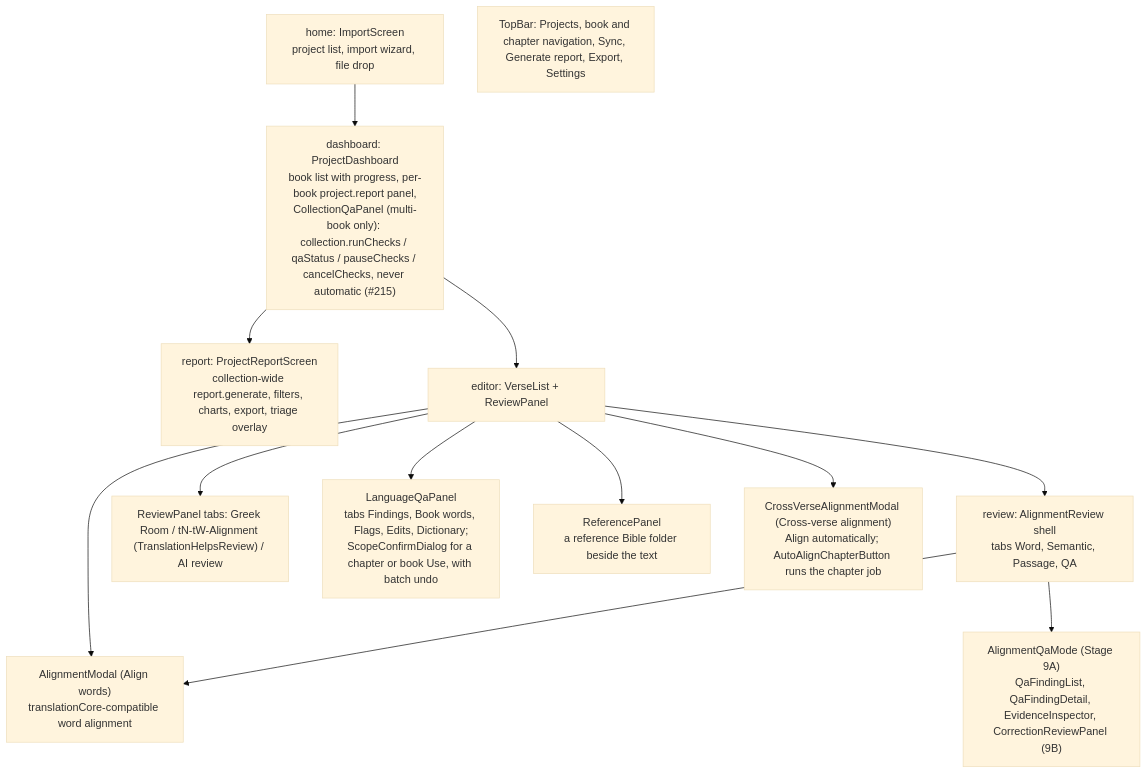
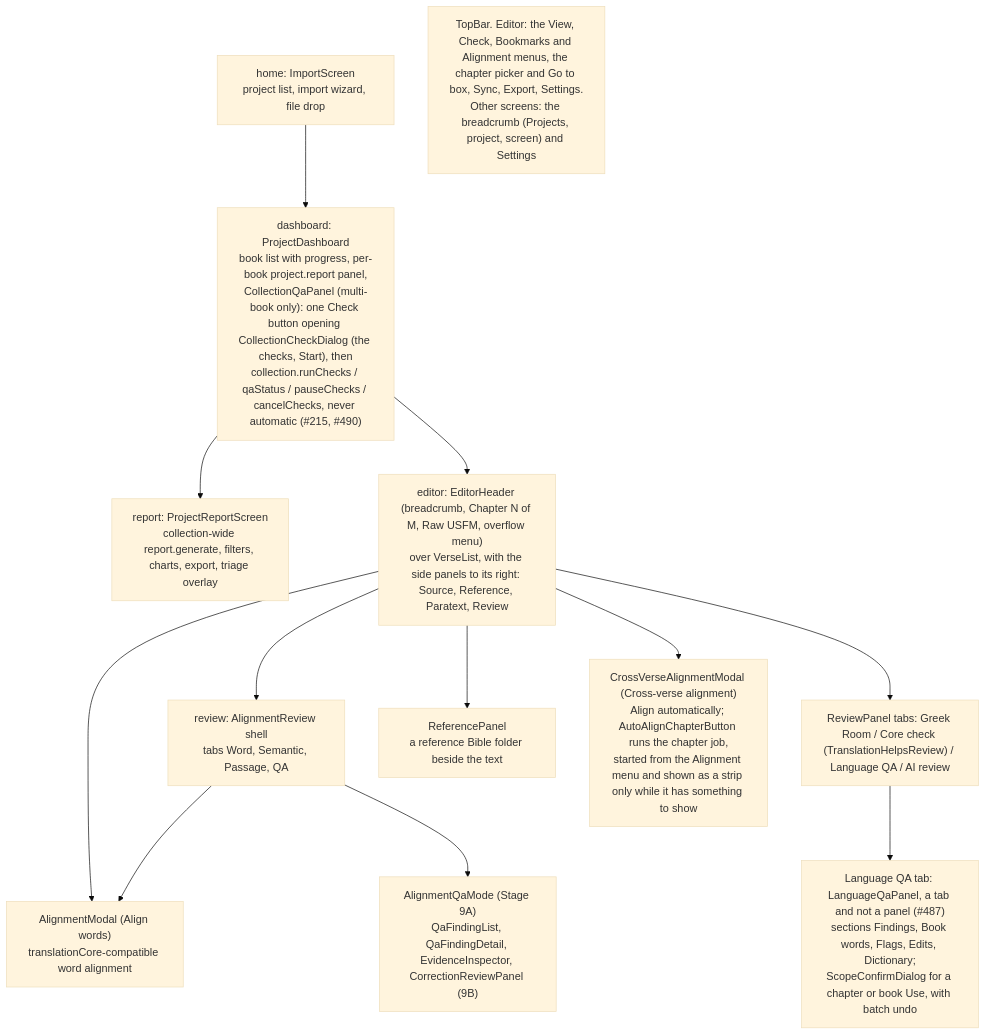
Before and after one commit to Bridgeconn/bridge: the fourth of 4 diagrams in docs/ARCHITECTURE.md, drawn with Mermaid (base theme). The commit also changed other lines of this file and 1 other file, not shown here.

First line of the commit message:
docs: editor chrome after the second round (#486, #487, #488, #489, #490)

````diff
--- a/docs/ARCHITECTURE.md
+++ b/docs/ARCHITECTURE.md
@@ -287,15 +287,15 @@
 ```mermaid
 flowchart TB
   Home["home: ImportScreen<br/>project list, import wizard, file drop"] --> Dash
-  Dash["dashboard: ProjectDashboard<br/>book list with progress, per-book project.report panel,<br/>CollectionQaPanel (multi-book only): collection.runChecks / qaStatus / pauseChecks / cancelChecks, never automatic (#215)"] --> Report["report: ProjectReportScreen<br/>collection-wide report.generate, filters, charts, export, triage overlay"]
-  Dash --> Editor["editor: VerseList + ReviewPanel"]
+  Dash["dashboard: ProjectDashboard<br/>book list with progress, per-book project.report panel,<br/>CollectionQaPanel (multi-book only): one Check button opening CollectionCheckDialog (the checks, Start), then<br/>collection.runChecks / qaStatus / pauseChecks / cancelChecks, never automatic (#215, #490)"] --> Report["report: ProjectReportScreen<br/>collection-wide report.generate, filters, charts, export, triage overlay"]
+  Dash --> Editor["editor: EditorHeader (breadcrumb, Chapter N of M, Raw USFM, overflow menu)<br/>over VerseList, with the side panels to its right: Source, Reference, Paratext, Review"]
   Editor --> AR["review: AlignmentReview shell<br/>tabs Word, Semantic, Passage, QA"]
   Editor --> AM["AlignmentModal (Align words)<br/>translationCore-compatible word alignment"]
   AR --> AM
-  Editor --> RPt["ReviewPanel tabs: Greek Room / tN-tW-Alignment (TranslationHelpsReview) / AI review"]
-  Editor --> LQP["LanguageQaPanel<br/>tabs Findings, Book words, Flags, Edits, Dictionary;<br/>ScopeConfirmDialog for a chapter or book Use, with batch undo"]
+  Editor --> RPt["ReviewPanel tabs: Greek Room / Core check (TranslationHelpsReview) / Language QA / AI review"]
+  RPt --> LQP["Language QA tab: LanguageQaPanel, a tab and not a panel (#487)<br/>sections Findings, Book words, Flags, Edits, Dictionary;<br/>ScopeConfirmDialog for a chapter or book Use, with batch undo"]
   Editor --> RefP["ReferencePanel<br/>a reference Bible folder beside the text"]
-  Editor --> CVM["CrossVerseAlignmentModal (Cross-verse alignment)<br/>Align automatically; AutoAlignChapterButton runs the chapter job"]
+  Editor --> CVM["CrossVerseAlignmentModal (Cross-verse alignment)<br/>Align automatically; AutoAlignChapterButton runs the chapter job,<br/>started from the Alignment menu and shown as a strip only while it has something to show"]
   AR --> QA["AlignmentQaMode (Stage 9A)<br/>QaFindingList, QaFindingDetail, EvidenceInspector, CorrectionReviewPanel (9B)"]
-  Top["TopBar: Projects, book and chapter navigation, Sync, Generate report, Export, Settings"]
+  Top["TopBar. Editor: the View, Check, Bookmarks and Alignment menus, the chapter picker and Go to box, Sync, Export, Settings.<br/>Other screens: the breadcrumb (Projects, project, screen) and Settings"]
 ```
````
